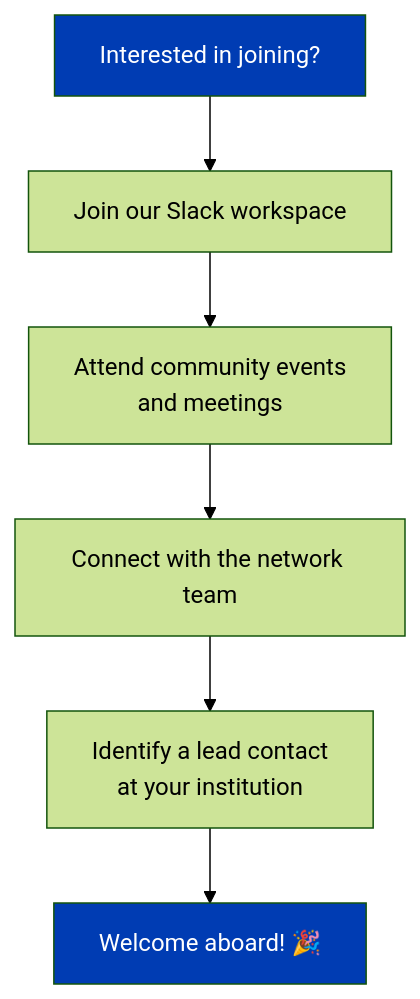
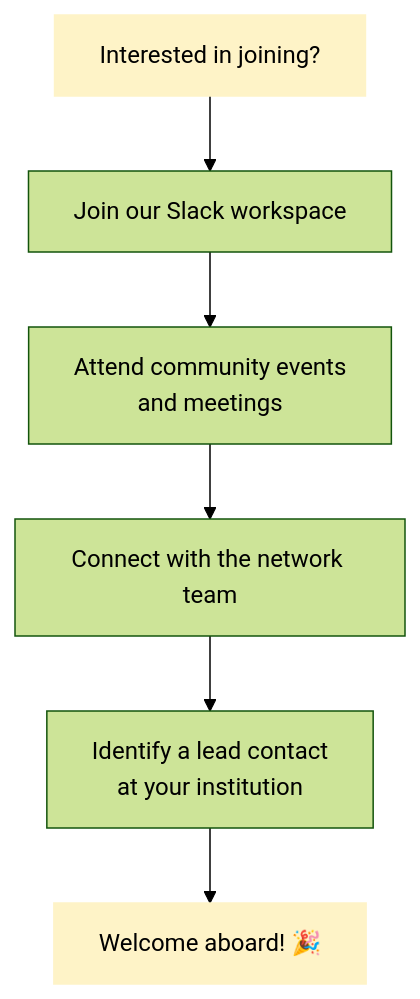
One commit to UC-OSPO-Network/ucospo.net changed the diagram in about/get-involved.md. Above: the diagram before and after it, drawn with Mermaid (forest theme).

Commit message:
fix mermaid diagram readability on Get Involved page

````diff
--- a/about/get-involved.md
+++ b/about/get-involved.md
@@ -45,11 +45,11 @@
 ```{mermaid}
 flowchart TD
     A["Interested in joining?"] --> B["Join our Slack workspace"]
     B --> C["Attend community events\nand meetings"]
     C --> D["Connect with the network team"]
     D --> E["Identify a lead contact\nat your institution"]
     E --> F["Welcome aboard! 🎉"]
 
-    style A fill:#003cb3,color:#fff
-    style F fill:#003cb3,color:#fff
+    style A fill:#fef3c7,color:#000,stroke:#fef3c7
+    style F fill:#fef3c7,color:#000,stroke:#fef3c7
 ```
````
